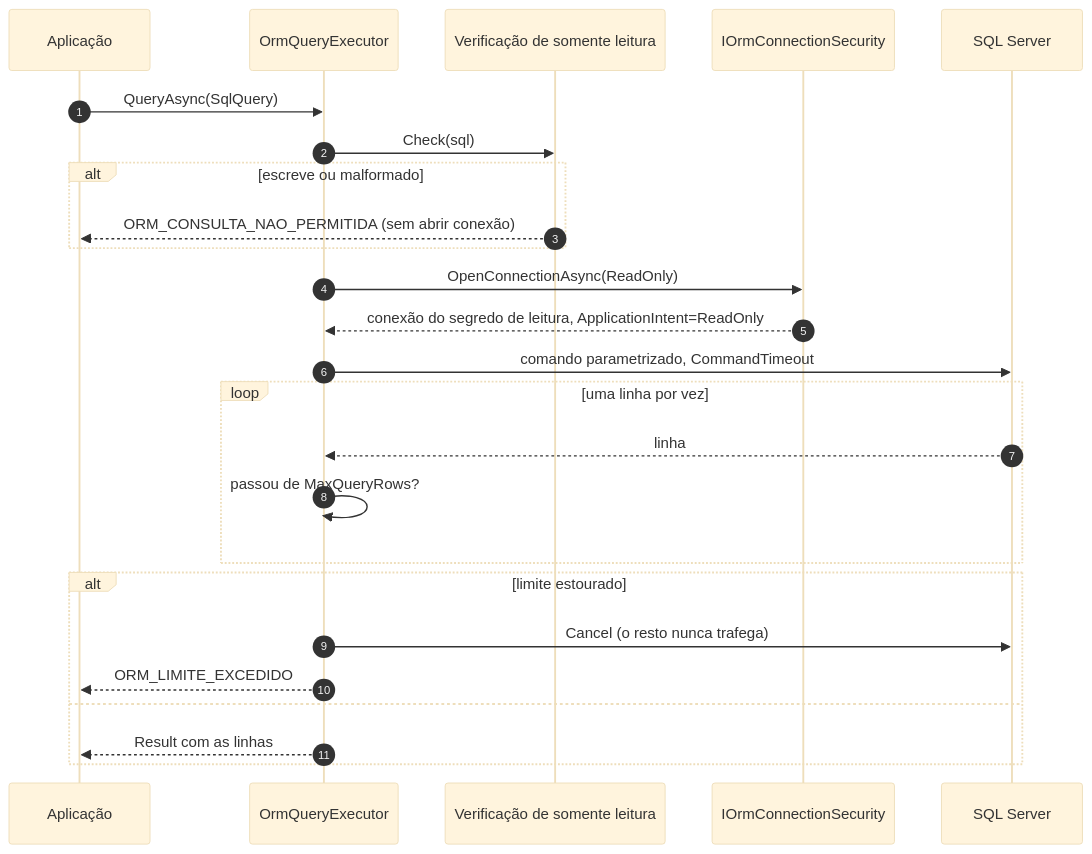
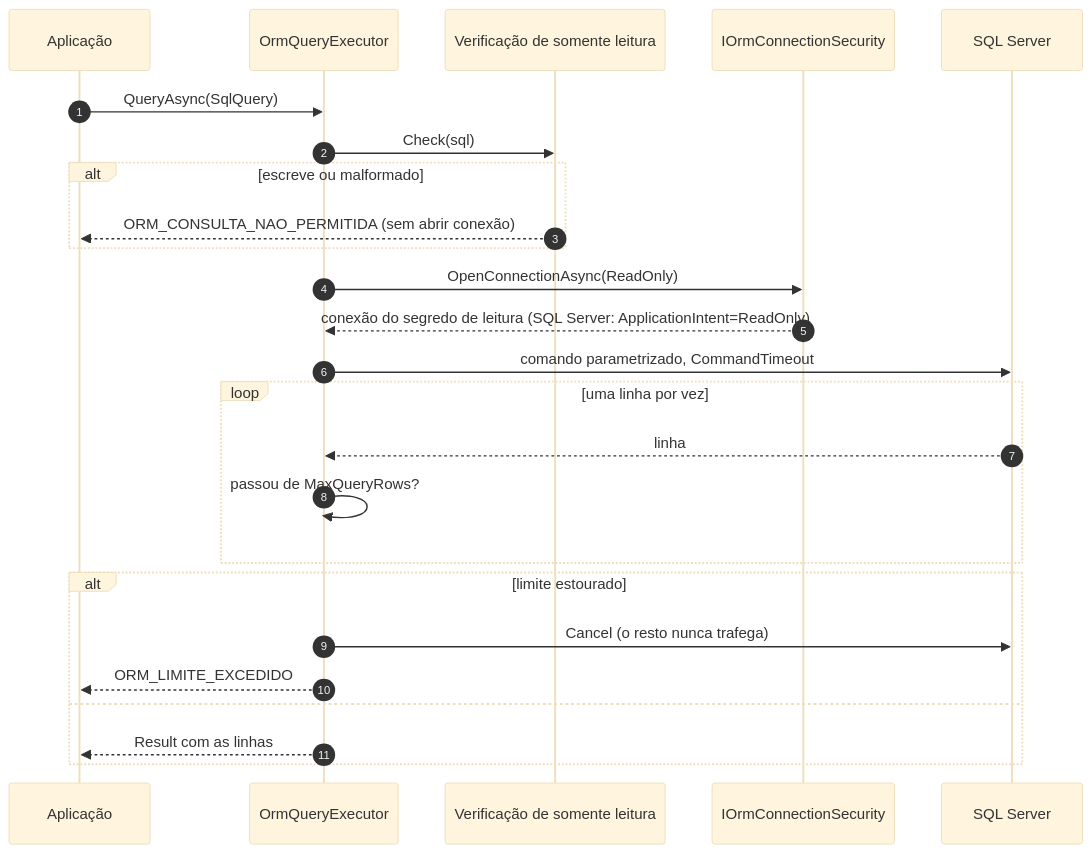
Before and after one commit to tudoemcodigo/lib-tec-orm: the first of 2 diagrams in docs/consultas-sql.md, drawn with Mermaid (base theme). The commit also changed other lines of this file and 160 other files, not shown here.

````diff
--- a/docs/consultas-sql.md
+++ b/docs/consultas-sql.md
@@ -26,27 +26,27 @@
 ```mermaid
 sequenceDiagram
     autonumber
     participant App as Aplicação
     participant Q as OrmQueryExecutor
     participant G as Verificação de somente leitura
     participant S as IOrmConnectionSecurity
     participant Db as SQL Server
     App->>Q: QueryAsync(SqlQuery)
     Q->>G: Check(sql)
     alt escreve ou malformado
         G-->>App: ORM_CONSULTA_NAO_PERMITIDA (sem abrir conexão)
     end
     Q->>S: OpenConnectionAsync(ReadOnly)
-    S-->>Q: conexão do segredo de leitura, ApplicationIntent=ReadOnly
+    S-->>Q: conexão do segredo de leitura (SQL Server: ApplicationIntent=ReadOnly)
     Q->>Db: comando parametrizado, CommandTimeout
     loop uma linha por vez
         Db-->>Q: linha
         Q->>Q: passou de MaxQueryRows?
     end
     alt limite estourado
         Q->>Db: Cancel (o resto nunca trafega)
         Q-->>App: ORM_LIMITE_EXCEDIDO
     else
         Q-->>App: Result com as linhas
     end
 ```
````
